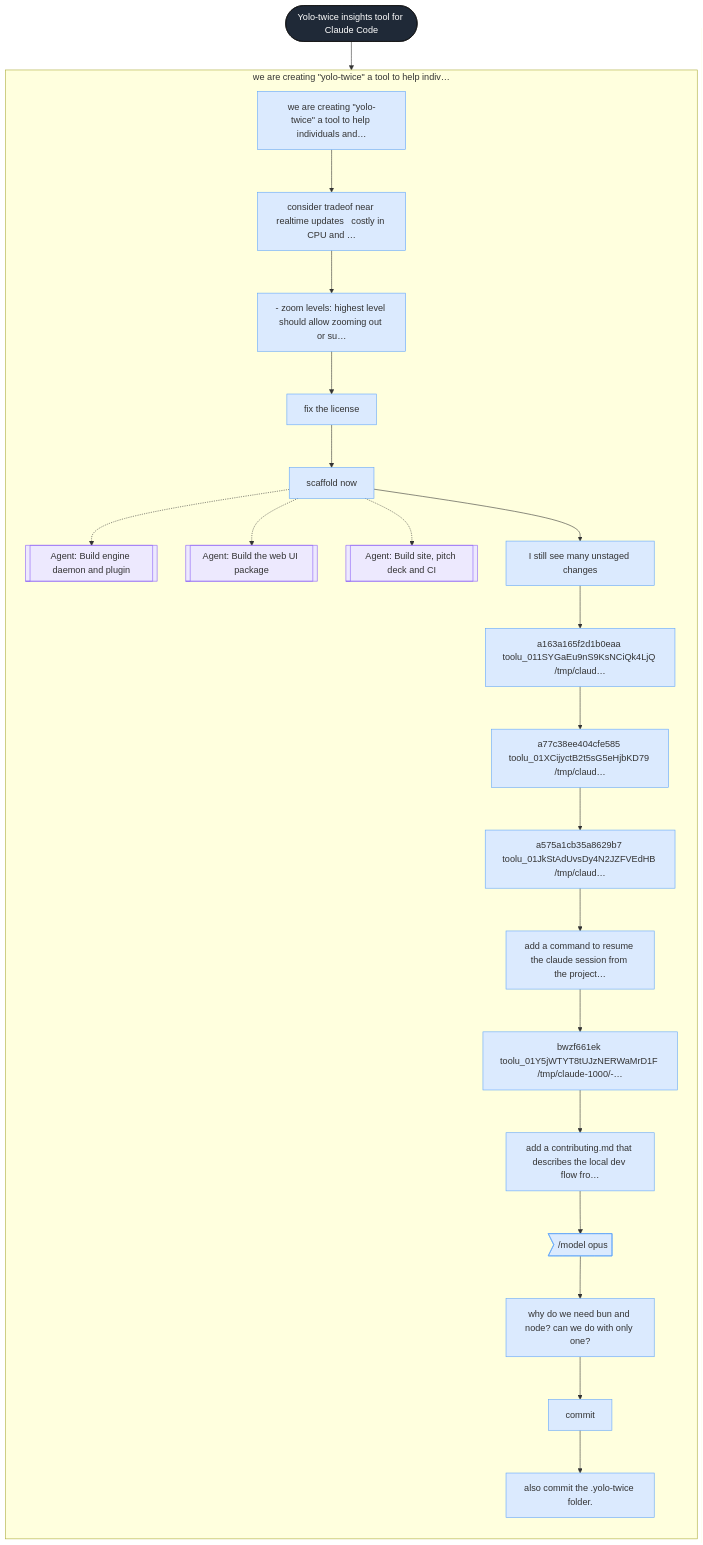
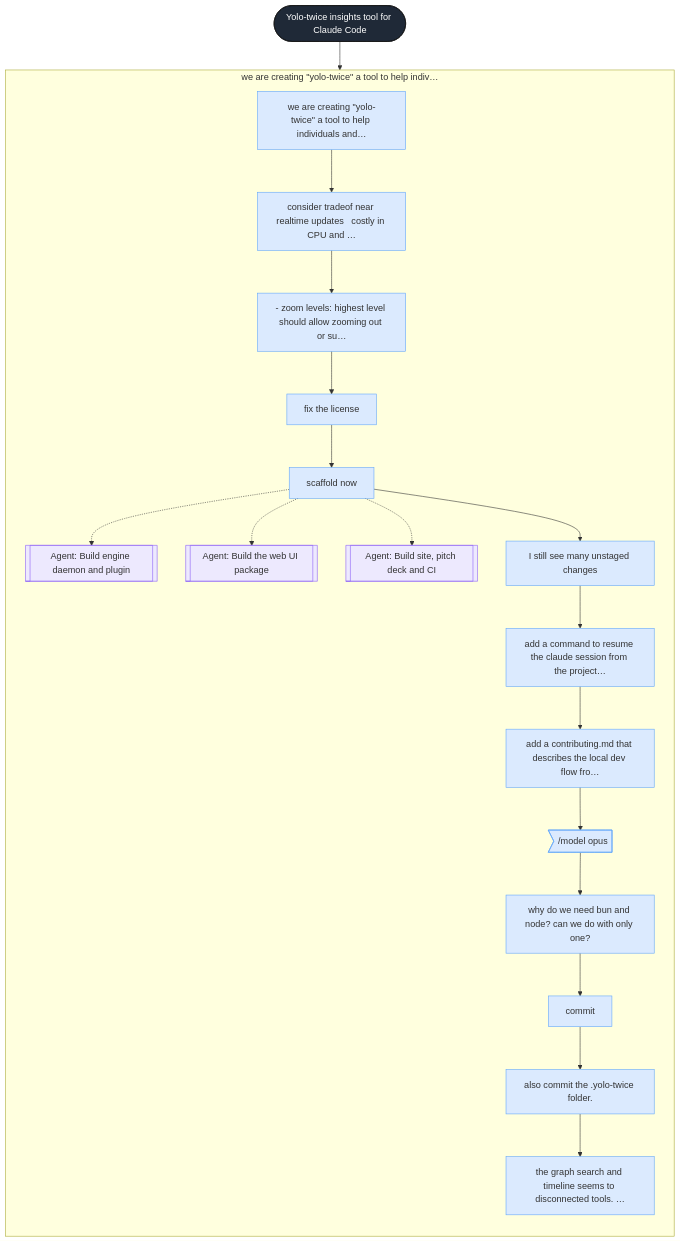
Before and after one commit to bar9/yolo-twice: the diagram in .yolo-twice/sessions/34b27ceb-5af1-4142-8334-ab80a4310636/graph.mmd, drawn with Mermaid. The commit also changed 7 other files, not shown here.

Commit message:
Rebuild .yolo-twice with normalizer v2: no duplicate events, mid-turn messages included

```diff
--- a/.yolo-twice/sessions/34b27ceb-5af1-4142-8334-ab80a4310636/graph.mmd
+++ b/.yolo-twice/sessions/34b27ceb-5af1-4142-8334-ab80a4310636/graph.mmd
@@ -1,72 +1,63 @@
 flowchart TD
   s_34b27ceb_5af1_4142_8334_ab80a4310636(["Yolo-twice insights tool for Claude Code"])
   subgraph p1 ["we are creating #quot;yolo-twice#quot; a tool to help indiv…"]
     direction TD
     t1["we are creating #quot;yolo-twice#quot; a tool to help individuals and…"]
     t2["consider tradeof near realtime updates   costly in CPU and …"]
     t3["- zoom levels: highest level should allow zooming out or su…"]
     t4["fix the license"]
     t5["scaffold now"]
     t5_s51[["Agent: Build engine daemon and plugin"]]
     t5_s52[["Agent: Build the web UI package"]]
     t5_s53[["Agent: Build site, pitch deck and CI"]]
     t6["I still see many unstaged changes"]
-    t7["a163a165f2d1b0eaa toolu_011SYGaEu9nS9KsNCiQk4LjQ /tmp/claud…"]
-    t8["a77c38ee404cfe585 toolu_01XCijyctB2t5sG5eHjbKD79 /tmp/claud…"]
-    t9["a575a1cb35a8629b7 toolu_01JkStAdUvsDy4N2JZFVEdHB /tmp/claud…"]
-    t10["add a command to resume the claude session from the project…"]
-    t11["bwzf661ek toolu_01Y5jWTYT8tUJzNERWaMrD1F /tmp/claude-1000/-…"]
-    t12["add a contributing.md that describes the local dev flow fro…"]
-    t13>"/model opus"]
-    t14["why do we need bun and node? can we do with only one?"]
-    t15["commit"]
-    t16["also commit the .yolo-twice folder."]
+    t7["add a command to resume the claude session from the project…"]
+    t8["add a contributing.md that describes the local dev flow fro…"]
+    t9>"/model opus"]
+    t10["why do we need bun and node? can we do with only one?"]
+    t11["commit"]
+    t12["also commit the .yolo-twice folder."]
+    t13["the graph search and timeline seems to disconnected tools. …"]
   end
   s_34b27ceb_5af1_4142_8334_ab80a4310636 --> t1
   t1 --> t2
   t2 --> t3
   t3 --> t4
   t4 --> t5
   t5 -.-> t5_s51
   t5 -.-> t5_s52
   t5 -.-> t5_s53
   t5 --> t6
   t6 --> t7
   t7 --> t8
   t8 --> t9
   t9 --> t10
   t10 --> t11
   t11 --> t12
   t12 --> t13
-  t13 --> t14
-  t14 --> t15
-  t15 --> t16
   classDef session fill:#1f2937,color:#fff,stroke:#111;
   classDef phase fill:#e5e7eb,stroke:#9ca3af;
   classDef turn fill:#dbeafe,stroke:#60a5fa;
   classDef branch fill:#fde68a,stroke:#d97706;
   classDef subagent fill:#ede9fe,stroke:#8b5cf6;
   classDef tool fill:#dcfce7,stroke:#22c55e;
   classDef error fill:#fee2e2,stroke:#ef4444;
   classDef text fill:#f3f4f6,stroke:#9ca3af;
   classDef thinking fill:#f3f4f6,stroke:#d1d5db,stroke-dasharray: 3 3;
   class s_34b27ceb_5af1_4142_8334_ab80a4310636 session;
   class t1 turn;
   class t2 turn;
   class t3 turn;
   class t4 turn;
   class t5 turn;
   class t5_s51 subagent;
   class t5_s52 subagent;
   class t5_s53 subagent;
   class t6 turn;
   class t7 turn;
   class t8 turn;
   class t9 turn;
   class t10 turn;
   class t11 turn;
   class t12 turn;
   class t13 turn;
-  class t14 turn;
-  class t15 turn;
-  class t16 turn;
```
